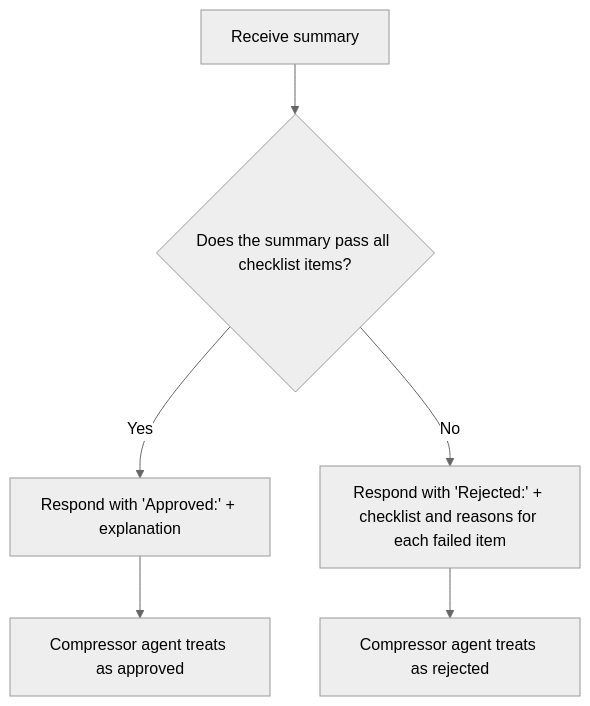
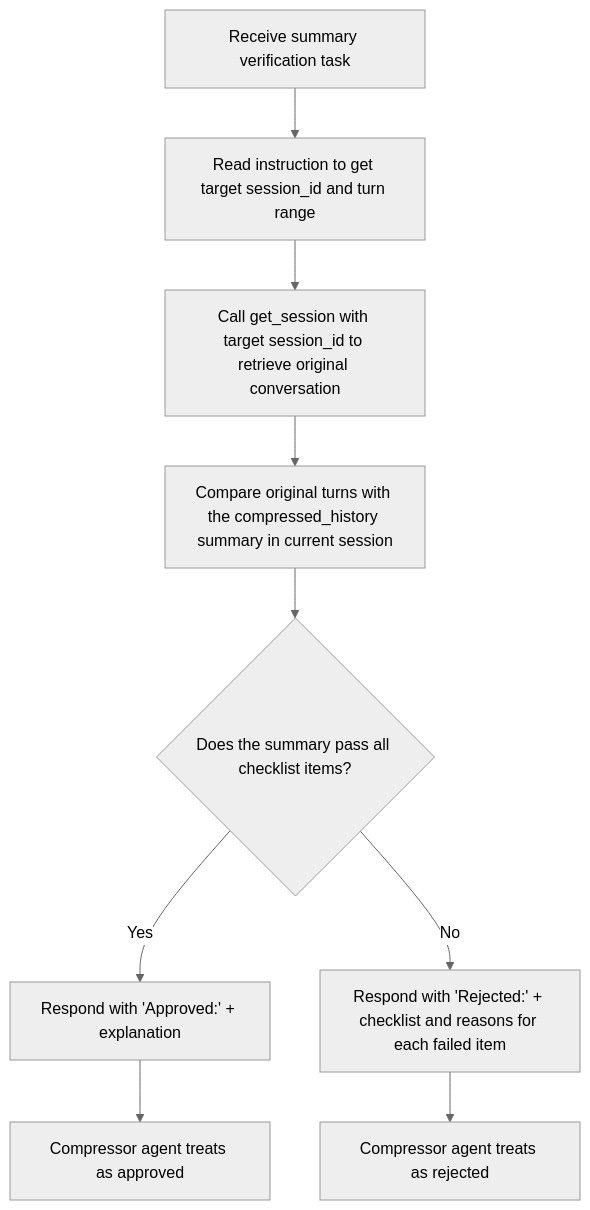
The diagram in roles/verifier.md (s-age/pipe), drawn with Mermaid (neutral theme) before and after one commit. The commit also changed other lines of this file and 85 other files, not shown here.

````diff
--- a/roles/verifier.md
+++ b/roles/verifier.md
@@ -18,8 +18,11 @@
 ```mermaid
 flowchart TD
-    A[Receive summary] --> B{Does the summary pass all checklist items?}
-    B -- Yes --> C[Respond with 'Approved:' + explanation]
-    B -- No  --> D[Respond with 'Rejected:' + checklist and reasons for each failed item]
-    C --> E[Compressor agent treats as approved]
-    D --> F[Compressor agent treats as rejected]
+    A[Receive summary verification task] --> B[Read instruction to get target session_id and turn range]
+    B --> C[Call get_session with target session_id to retrieve original conversation]
+    C --> D[Compare original turns with the compressed_history summary in current session]
+    D --> E{Does the summary pass all checklist items?}
+    E -- Yes --> F[Respond with 'Approved:' + explanation]
+    E -- No  --> G[Respond with 'Rejected:' + checklist and reasons for each failed item]
+    F --> H[Compressor agent treats as approved]
+    G --> I[Compressor agent treats as rejected]
 ```
````
